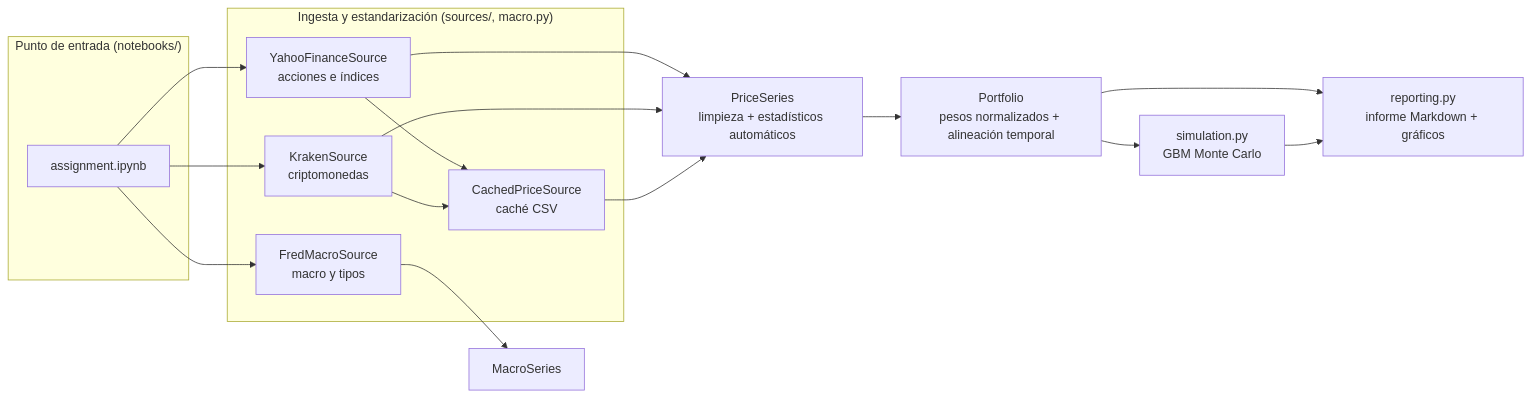
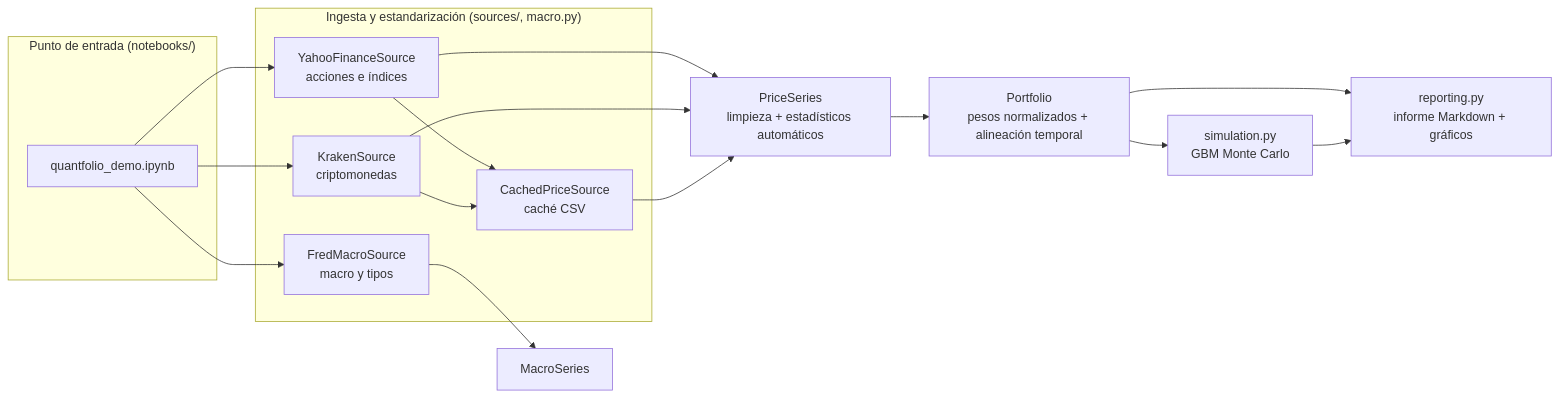
One commit to alejandroperezpujante/quantfolio changed the second of 2 diagrams in docs/architecture.md. Above: the diagram before and after it, drawn with Mermaid. The commit also changed 5 other files, not shown here.

````diff
--- a/docs/architecture.md
+++ b/docs/architecture.md
@@ -117,33 +117,33 @@
 ```mermaid
 flowchart LR
     subgraph entrypoint["Punto de entrada (notebooks/)"]
-        NB["assignment.ipynb"]
+        NB["quantfolio_demo.ipynb"]
     end
 
     subgraph ingestion["Ingesta y estandarización (sources/, macro.py)"]
         YF["YahooFinanceSource<br/>acciones e índices"]
         KR["KrakenSource<br/>criptomonedas"]
         CA["CachedPriceSource<br/>caché CSV"]
         FR["FredMacroSource<br/>macro y tipos"]
     end
 
     PS["PriceSeries<br/>limpieza + estadísticos automáticos"]
     MS["MacroSeries"]
     PF["Portfolio<br/>pesos normalizados + alineación temporal"]
     MC["simulation.py<br/>GBM Monte Carlo"]
     RP["reporting.py<br/>informe Markdown + gráficos"]
 
     NB --> YF
     NB --> KR
     NB --> FR
     YF --> CA
     KR --> CA
     YF --> PS
     KR --> PS
     CA --> PS
     FR --> MS
     PS --> PF
     PF --> MC
     PF --> RP
     MC --> RP
 ```
````
